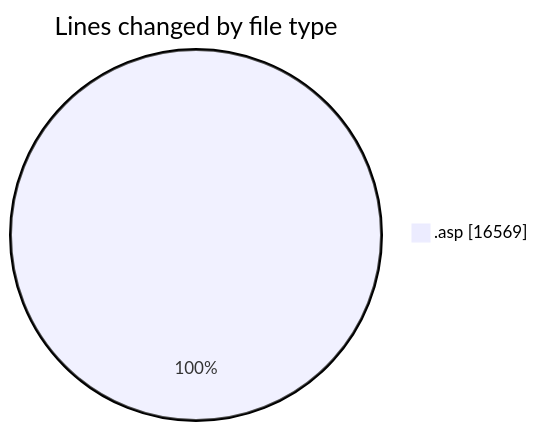
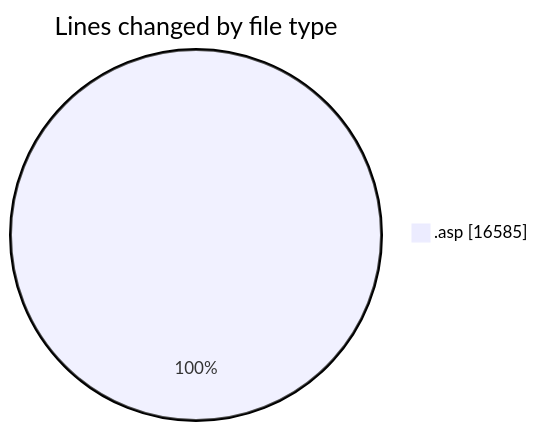
The first of 2 diagrams in 2025-11-14/cdp_aleoudev_fr__workspace_/README.md (julien-gomy/code-tracking), drawn with Mermaid before and after one commit. The commit also changed other lines of this file and 1 other file, not shown here.

````diff
--- a/2025-11-14/cdp_aleoudev_fr__workspace_/README.md
+++ b/2025-11-14/cdp_aleoudev_fr__workspace_/README.md
@@ -33,5 +33,5 @@
 ```mermaid
 pie showData
 title Lines changed by file type
-".asp" : 16569
+".asp" : 16585
 ```
````
